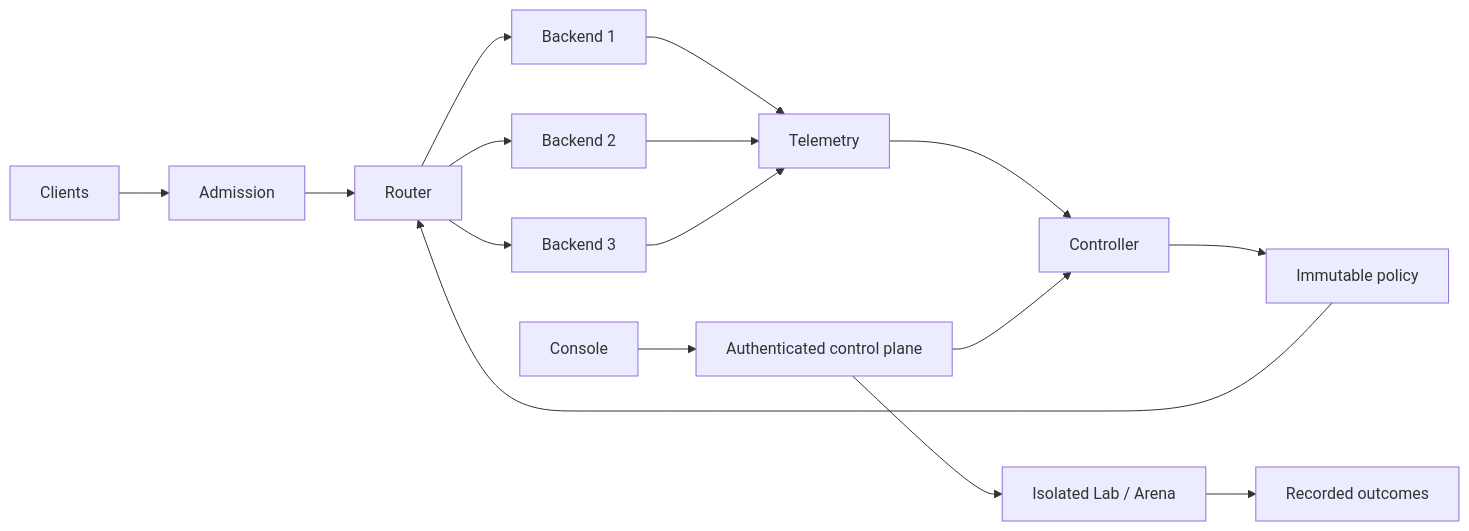
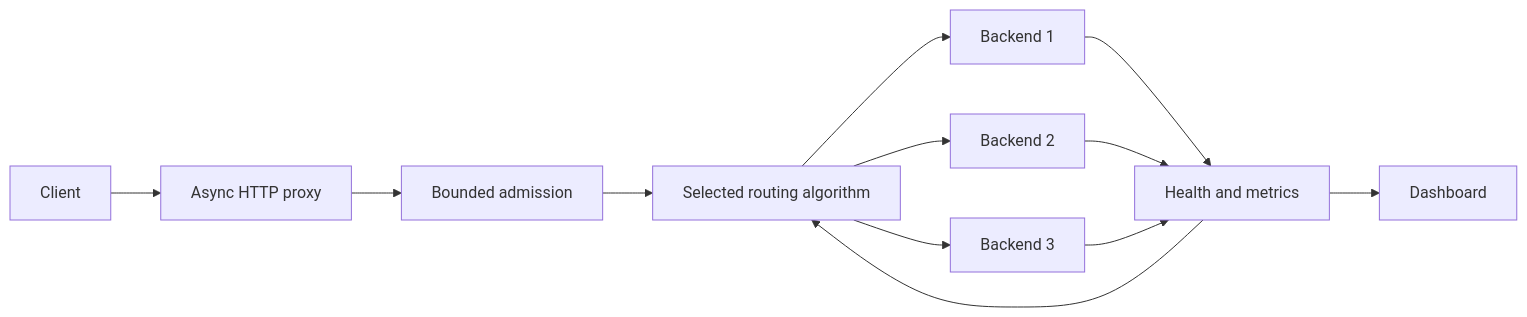
One commit to ashoka0402/Adaptive-L7-Load-Balancer changed the diagram in README.md. Above: the diagram before and after it, drawn with Mermaid. The commit also changed other lines of this file and 12 other files, not shown here.

````diff
--- a/README.md
+++ b/README.md
@@ -20,17 +35,14 @@
 ```mermaid
 flowchart LR
-  Clients --> Admission --> Router
-  Router --> B1[Backend 1]
-  Router --> B2[Backend 2]
-  Router --> B3[Backend 3]
-  B1 --> Telemetry
-  B2 --> Telemetry
-  B3 --> Telemetry
-  Telemetry --> Controller
-  Controller --> Snapshot[Immutable policy]
-  Snapshot --> Router
-  Console --> API[Authenticated control plane]
-  API --> Controller
-  API --> Lab[Isolated Lab / Arena]
-  Lab --> Replay[Recorded outcomes]
+    Client --> Proxy[Async HTTP proxy]
+    Proxy --> Admission[Bounded admission]
+    Admission --> Router[Selected routing algorithm]
+    Router --> B1[Backend 1]
+    Router --> B2[Backend 2]
+    Router --> B3[Backend 3]
+    B1 --> Health[Health and metrics]
+    B2 --> Health
+    B3 --> Health
+    Health --> Router
+    Health --> Dashboard[Dashboard]
 ```
````
